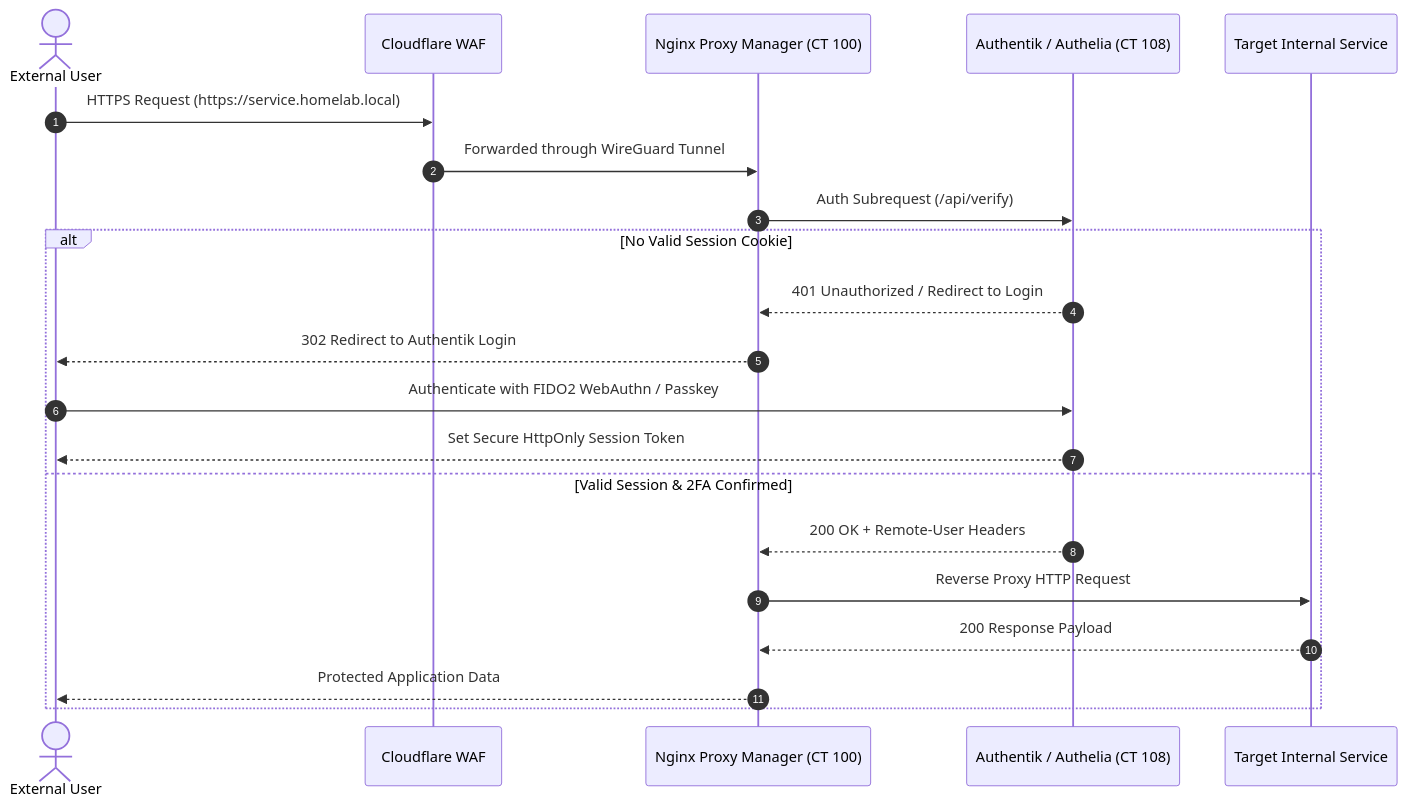
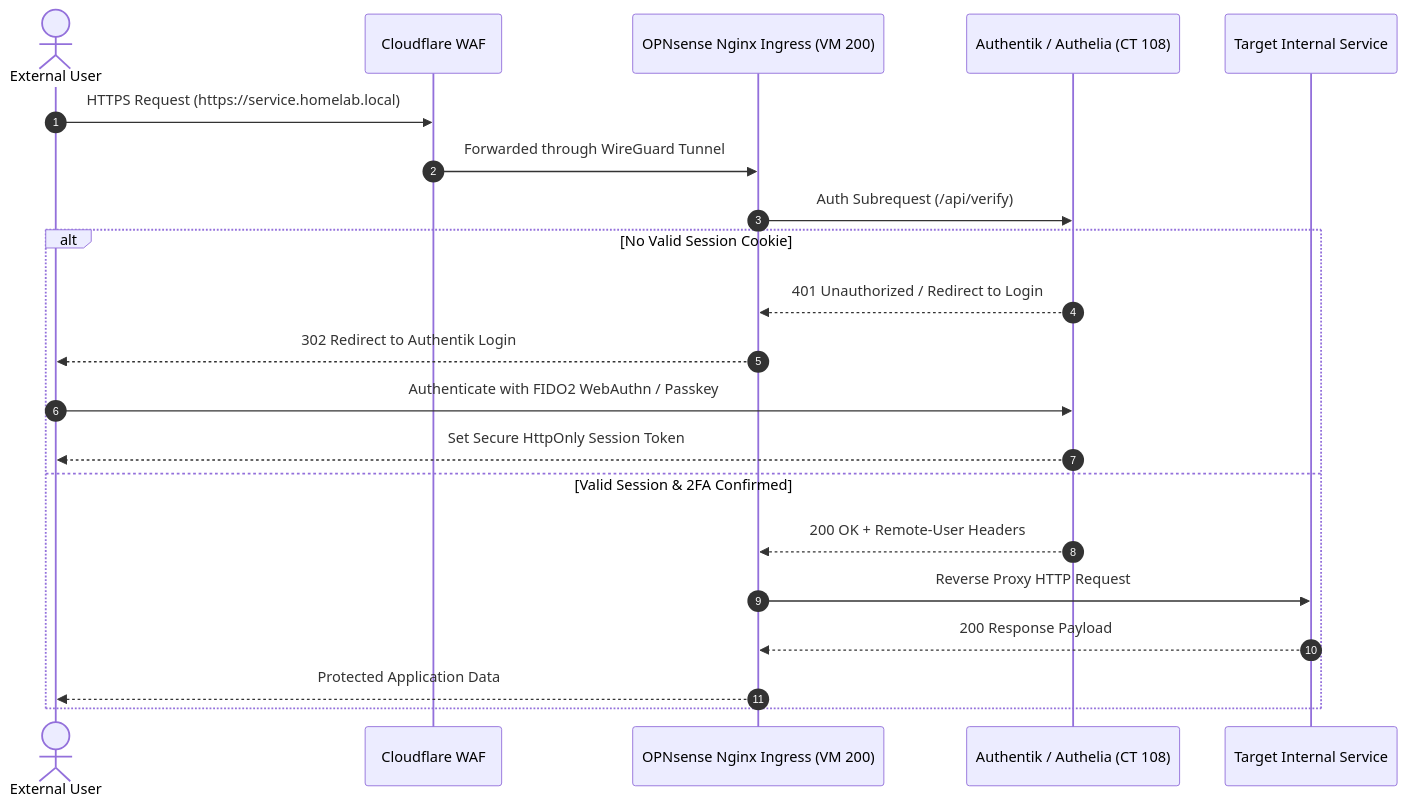
One commit to stefanutc1/datacenter changed the eighth of 13 diagrams in README.md. Above: the diagram before and after it, drawn with Mermaid. The commit also changed other lines of this file and 25 other files, not shown here.

First line of the commit message:
feat(ingress): decommission CT 100 and migrate reverse proxy to OPNsense Core

````diff
--- a/README.md
+++ b/README.md
@@ -524,24 +523,24 @@
 ```mermaid
 sequenceDiagram
  autonumber
  actor Client as External User
  participant CF as Cloudflare WAF
- participant NPM as Nginx Proxy Manager (CT 100)
+ participant NPM as OPNsense Nginx Ingress (VM 200)
  participant Auth as Authentik / Authelia (CT 108)
  participant Srv as Target Internal Service
 
  Client->>CF: HTTPS Request (https://service.homelab.local)
  CF->>NPM: Forwarded through WireGuard Tunnel
  NPM->>Auth: Auth Subrequest (/api/verify)
  alt No Valid Session Cookie
  Auth-->>NPM: 401 Unauthorized / Redirect to Login
  NPM-->>Client: 302 Redirect to Authentik Login
  Client->>Auth: Authenticate with FIDO2 WebAuthn / Passkey
  Auth-->>Client: Set Secure HttpOnly Session Token
  else Valid Session & 2FA Confirmed
  Auth-->>NPM: 200 OK + Remote-User Headers
  NPM->>Srv: Reverse Proxy HTTP Request
  Srv-->>NPM: 200 Response Payload
  NPM-->>Client: Protected Application Data
  end
 ```
````
